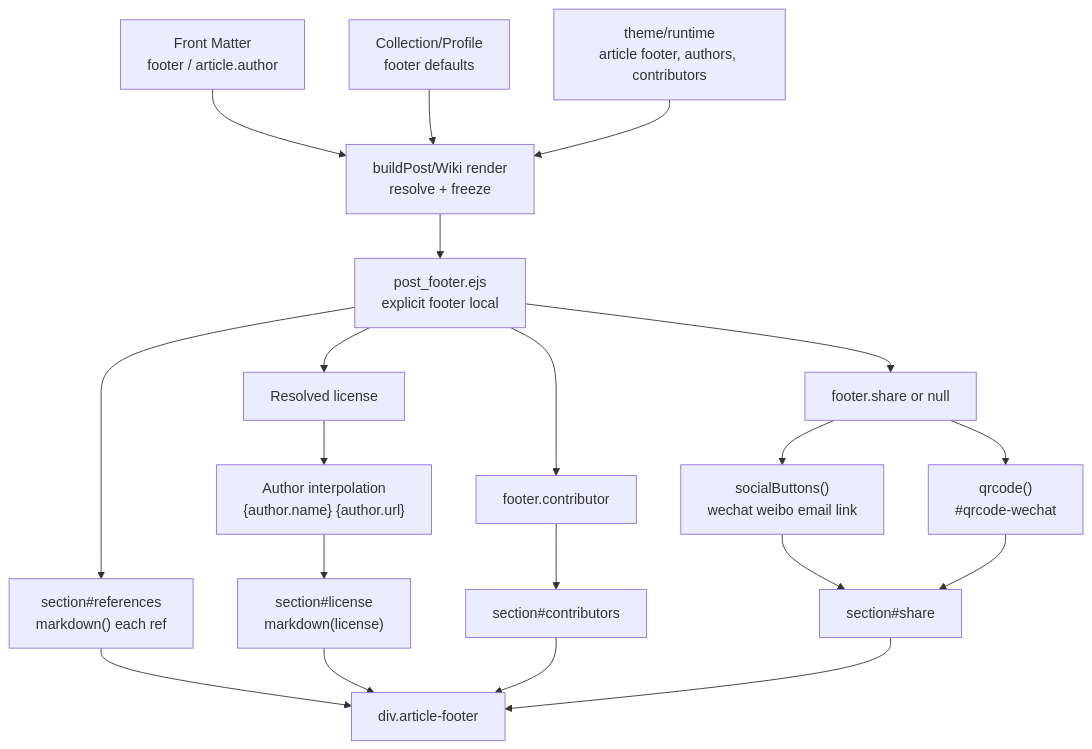
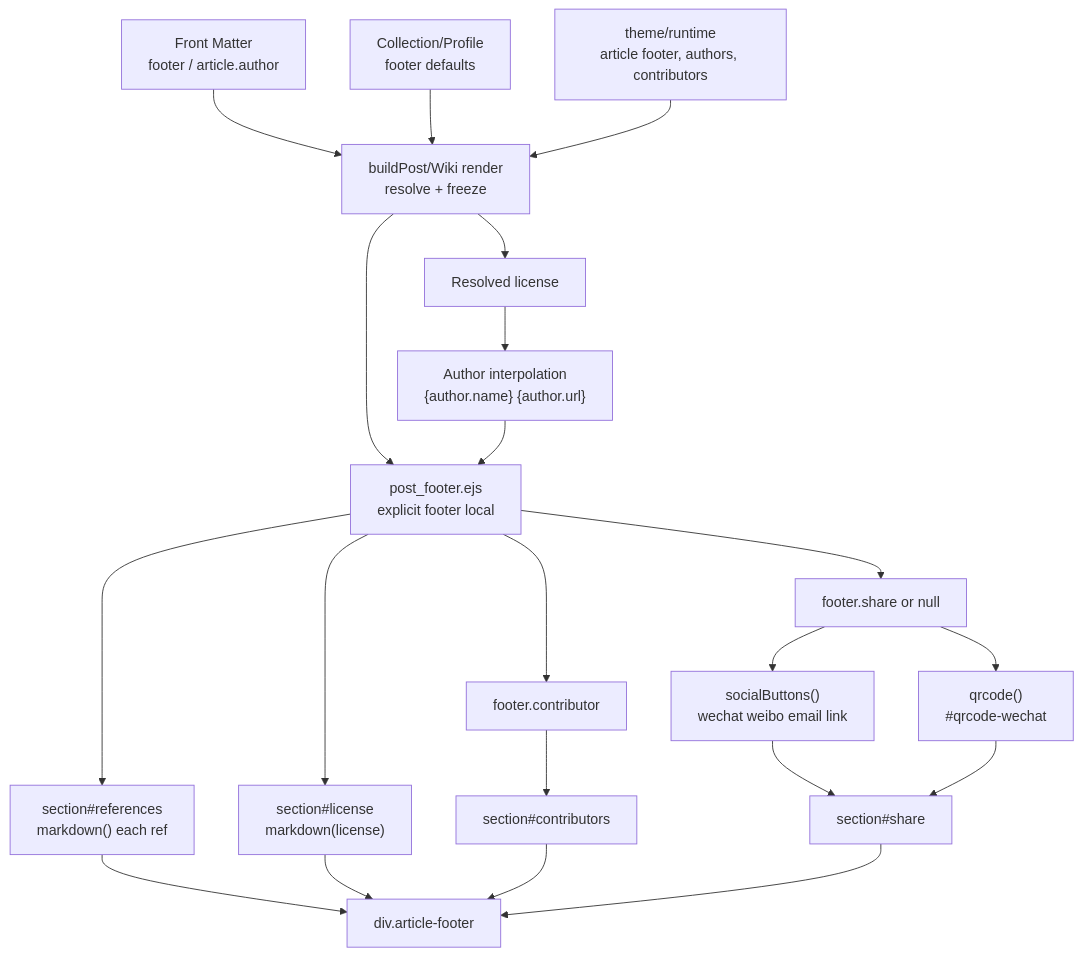
Before and after one commit to xaoxuu/hexo-theme-stellar: the fourth of 4 diagrams in docs/knowledge/03-内容系统/article-footer-metadata.md, drawn with Mermaid. The commit also changed other lines of this file and 2 other files, not shown here.

````diff
--- a/docs/knowledge/03-内容系统/article-footer-metadata.md
+++ b/docs/knowledge/03-内容系统/article-footer-metadata.md
@@ -272,32 +272,33 @@
 ```mermaid
 flowchart TD
   pageData["Front Matter\nfooter / article.author"]
   collection["Collection/Profile\nfooter defaults"]
   themeConfig["theme/runtime\narticle footer, authors, contributors"]
   model["buildPost/Wiki render\nresolve + freeze"]
   ejs["post_footer.ejs\nexplicit footer local"]
 
   secRef["section#references\nmarkdown() each ref"]
   licResolve["Resolved license"]
   authorInterp["Author interpolation\n{author.name} {author.url}"]
   secLic["section#license\nmarkdown(license)"]
   contribPartial["footer.contributor"]
   secCon["section#contributors"]
   shareVis["footer.share or null"]
   socialBtns["socialButtons()\nwechat weibo email link"]
   qrcode["qrcode()\n#qrcode-wechat"]
   secShr["section#share"]
   output["div.article-footer"]
 
   pageData --> model
   collection --> model
   themeConfig --> model
   model --> ejs
   ejs --> secRef
-  ejs --> licResolve
-  licResolve --> authorInterp --> secLic
+  model --> licResolve --> authorInterp
+  authorInterp --> ejs
+  ejs --> secLic
   ejs --> contribPartial --> secCon
   ejs --> shareVis --> socialBtns --> secShr
   shareVis --> qrcode --> secShr
   secRef & secLic & secCon & secShr --> output
 ```
````
